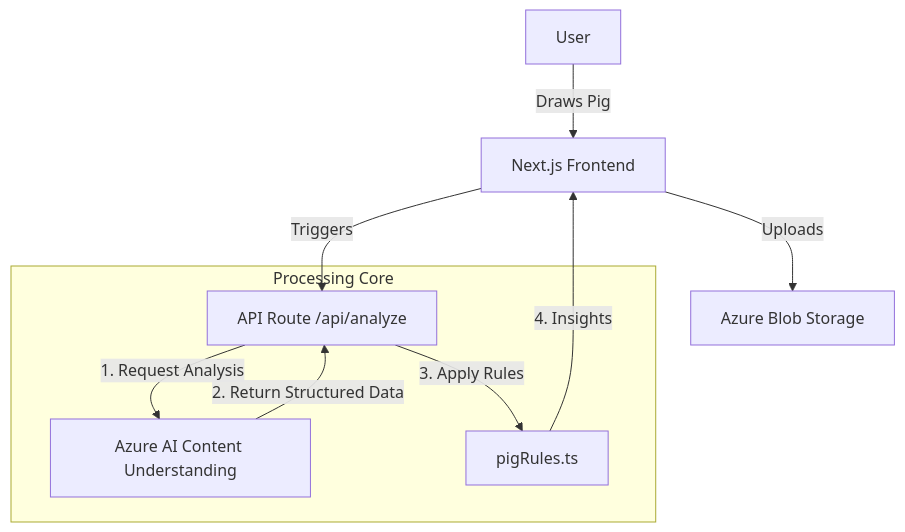
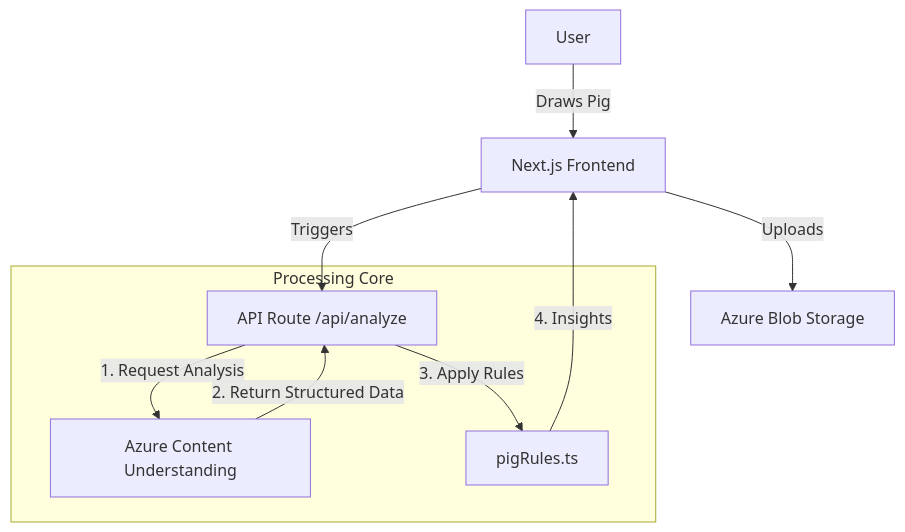
Before and after one commit to rondagdag/pig-personality-test: the second of 2 diagrams in docs/article/insights-from-unstructured-data.md, drawn with Mermaid. The commit also changed other lines of this file, not shown here.

Commit message:
fix: Update article title and references from Azure AI Content Understanding to Azure Content Understanding

````diff
--- a/docs/article/insights-from-unstructured-data.md
+++ b/docs/article/insights-from-unstructured-data.md
@@ -54,14 +54,14 @@
 ```mermaid
 graph TD
     User[User] -->|Draws Pig| FE[Next.js Frontend]
     FE -->|Uploads| Blob[Azure Blob Storage]
     FE -->|Triggers| API[API Route /api/analyze]
     
     subgraph "Processing Core"
-        API -->|1. Request Analysis| AI[Azure AI Content Understanding]
+        API -->|1. Request Analysis| AI[Azure Content Understanding]
         AI -->|2. Return Structured Data| API
         API -->|3. Apply Rules| Rules[pigRules.ts]
     end
     
     Rules -->|4. Insights| FE
 ```
````
